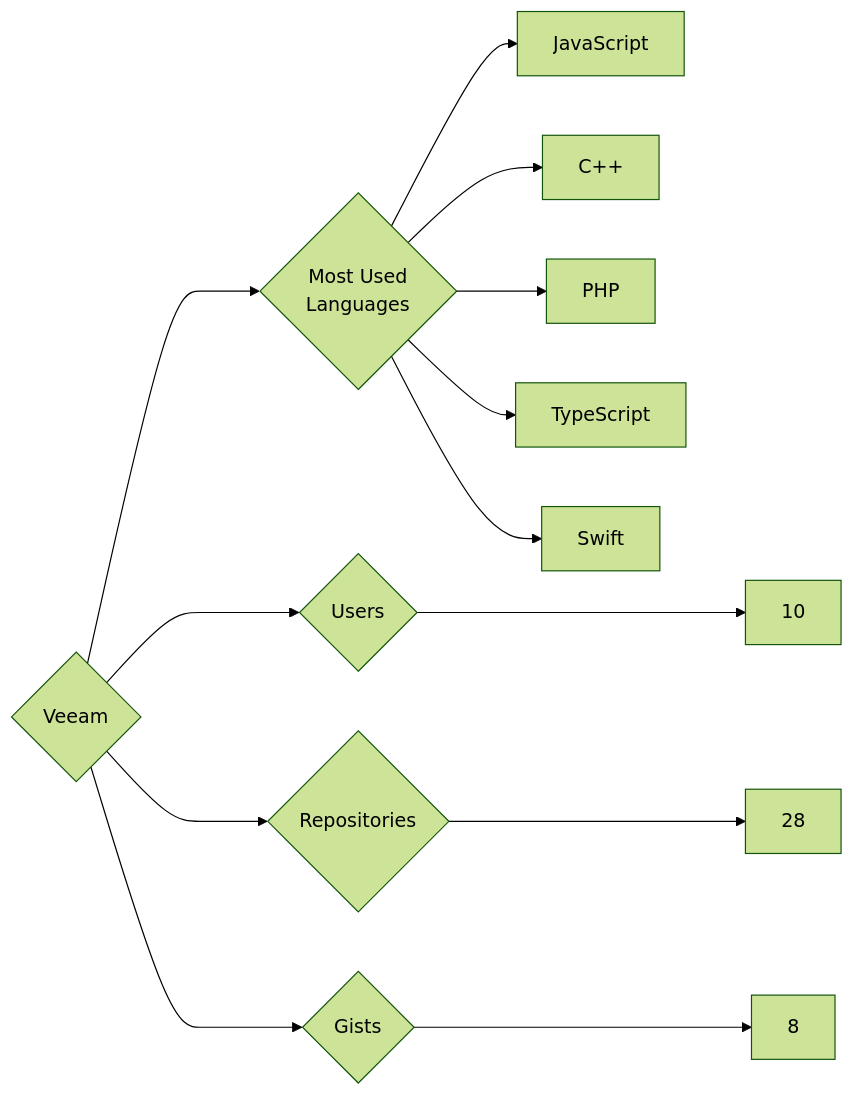
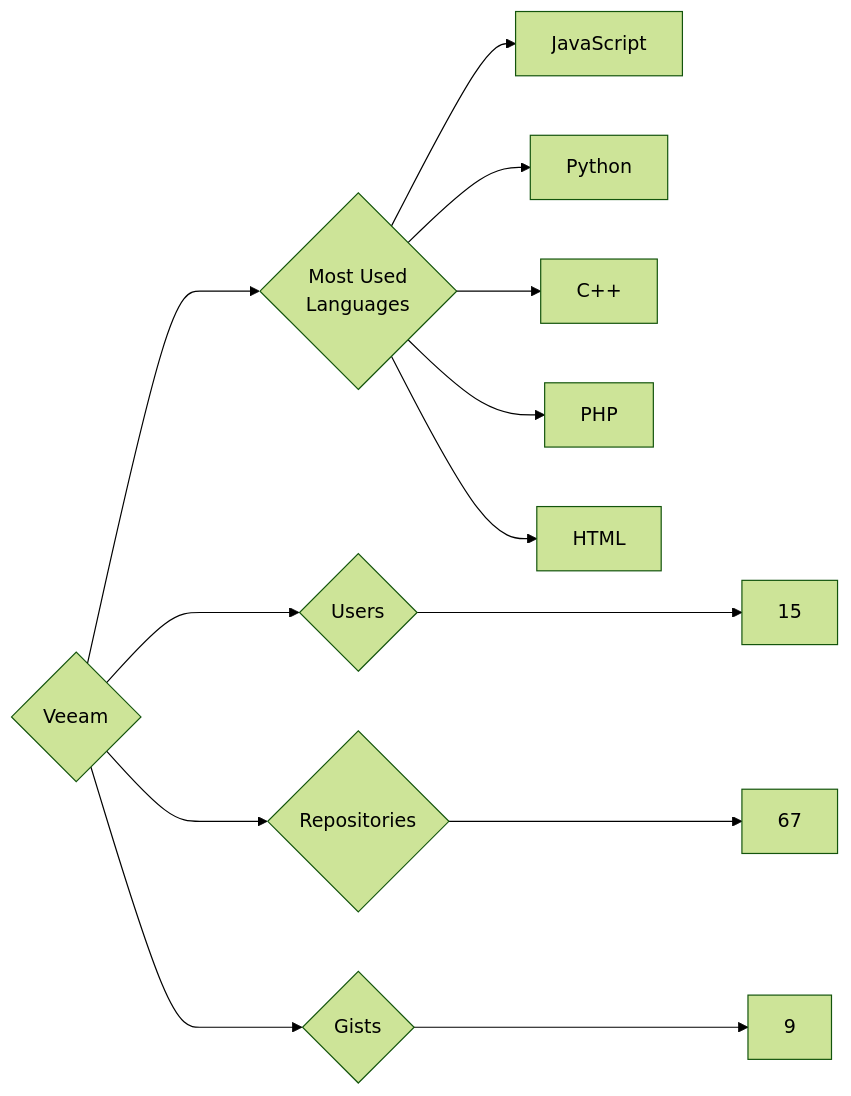
Before and after one commit to trickest/insiders: the diagram in targets/Veeam/README.md, drawn with Mermaid (forest theme). The commit also changed 787 other files, not shown here.

````diff
--- a/targets/Veeam/README.md
+++ b/targets/Veeam/README.md
@@ -3,13 +3,13 @@
 ```mermaid
 graph LR
 COMPANY_NAME{Veeam}
-COMPANY_NAME ---> U{Users} ---> UN[10]
-COMPANY_NAME ---> R{Repositories} ---> RN[28]
-COMPANY_NAME ---> G{Gists} ---> GN[8]
+COMPANY_NAME ---> U{Users} ---> UN[15]
+COMPANY_NAME ---> R{Repositories} ---> RN[67]
+COMPANY_NAME ---> G{Gists} ---> GN[9]
 COMPANY_NAME ---> ML{Most Used<br>Languages}
 ML --> JavaScript[JavaScript]
+ML --> Python[Python]
 ML --> C++[C++]
 ML --> PHP[PHP]
-ML --> TypeScript[TypeScript]
-ML --> Swift[Swift]
+ML --> HTML[HTML]
 ```
````
